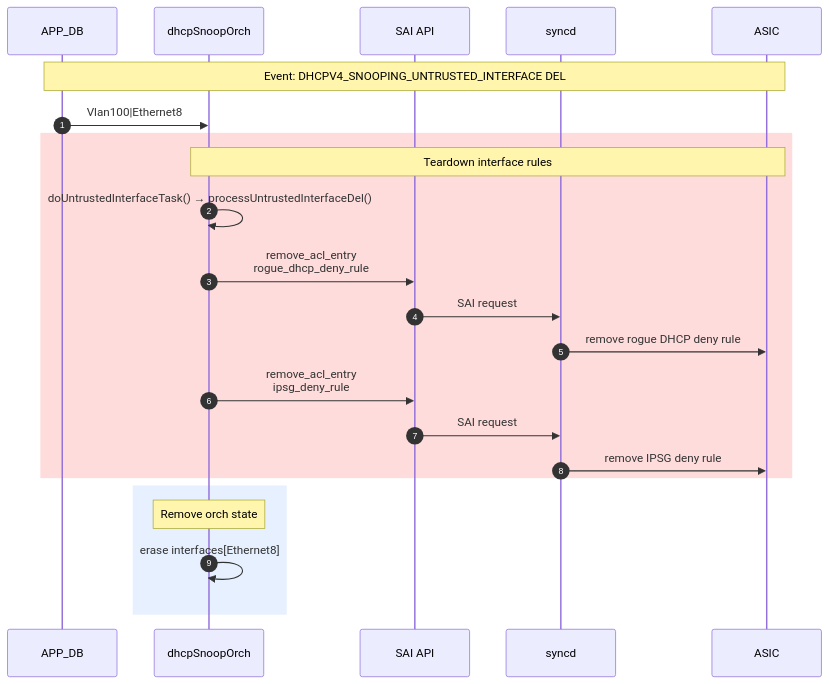
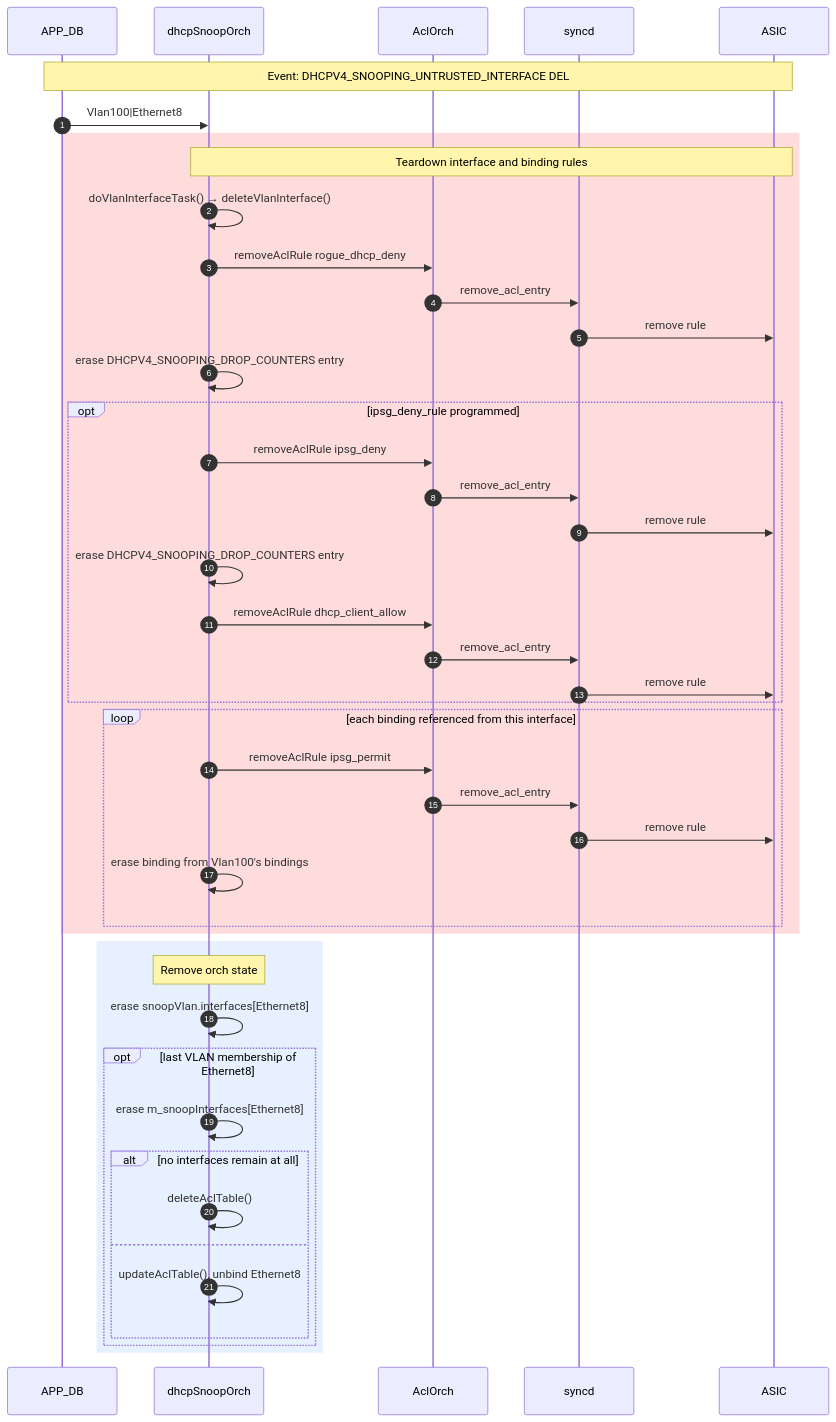
Diagram 13 of 19 in doc/DHCPv4_snooping/DHCPv4-snooping-hld.md (sonic-net/SONiC), drawn with Mermaid before and after one commit. The commit also changed other lines of this file, not shown here.

First line of the commit message:
doc: add sequence diagrams in HLD

````diff
--- a/doc/DHCPv4_snooping/DHCPv4-snooping-hld.md
+++ b/doc/DHCPv4_snooping/DHCPv4-snooping-hld.md
@@ -832,29 +1012,50 @@
 ```mermaid
 sequenceDiagram
     autonumber
     participant APP_DB as APP_DB
     participant Orch as dhcpSnoopOrch
-    participant SAI as SAI API
+    participant AclOrch as AclOrch
     participant syncd as syncd
     participant ASIC as ASIC
 
     Note over APP_DB, ASIC: Event: DHCPV4_SNOOPING_UNTRUSTED_INTERFACE DEL
 
     APP_DB->>Orch: Vlan100|Ethernet8
 
     rect rgb(255, 220, 220)
-        Note over Orch, ASIC: Teardown interface rules
-        Orch->>Orch: doUntrustedInterfaceTask() → processUntrustedInterfaceDel()
-        Orch->>SAI: remove_acl_entry<br/>rogue_dhcp_deny_rule
-        SAI->>syncd: SAI request
-        syncd->>ASIC: remove rogue DHCP deny rule
-        Orch->>SAI: remove_acl_entry<br/>ipsg_deny_rule
-        SAI->>syncd: SAI request
-        syncd->>ASIC: remove IPSG deny rule
+        Note over Orch, ASIC: Teardown interface and binding rules
+        Orch->>Orch: doVlanInterfaceTask() → deleteVlanInterface()
+        Orch->>AclOrch: removeAclRule rogue_dhcp_deny
+        AclOrch->>syncd: remove_acl_entry
+        syncd->>ASIC: remove rule
+        Orch->>Orch: erase DHCPV4_SNOOPING_DROP_COUNTERS entry
+        opt ipsg_deny_rule programmed
+            Orch->>AclOrch: removeAclRule ipsg_deny
+            AclOrch->>syncd: remove_acl_entry
+            syncd->>ASIC: remove rule
+            Orch->>Orch: erase DHCPV4_SNOOPING_DROP_COUNTERS entry
+            Orch->>AclOrch: removeAclRule dhcp_client_allow
+            AclOrch->>syncd: remove_acl_entry
+            syncd->>ASIC: remove rule
+        end
+        loop each binding referenced from this interface
+            Orch->>AclOrch: removeAclRule ipsg_permit
+            AclOrch->>syncd: remove_acl_entry
+            syncd->>ASIC: remove rule
+            Orch->>Orch: erase binding from Vlan100's bindings
+        end
     end
 
     rect rgb(230, 240, 255)
         Note over Orch, Orch: Remove orch state
-        Orch->>Orch: erase interfaces[Ethernet8]
+        Orch->>Orch: erase snoopVlan.interfaces[Ethernet8]
+        opt last VLAN membership of Ethernet8
+            Orch->>Orch: erase m_snoopInterfaces[Ethernet8]
+            alt no interfaces remain at all
+                Orch->>Orch: deleteAclTable()
+            else
+                Orch->>Orch: updateAclTable(), unbind Ethernet8
+            end
+        end
     end
 ```
````
